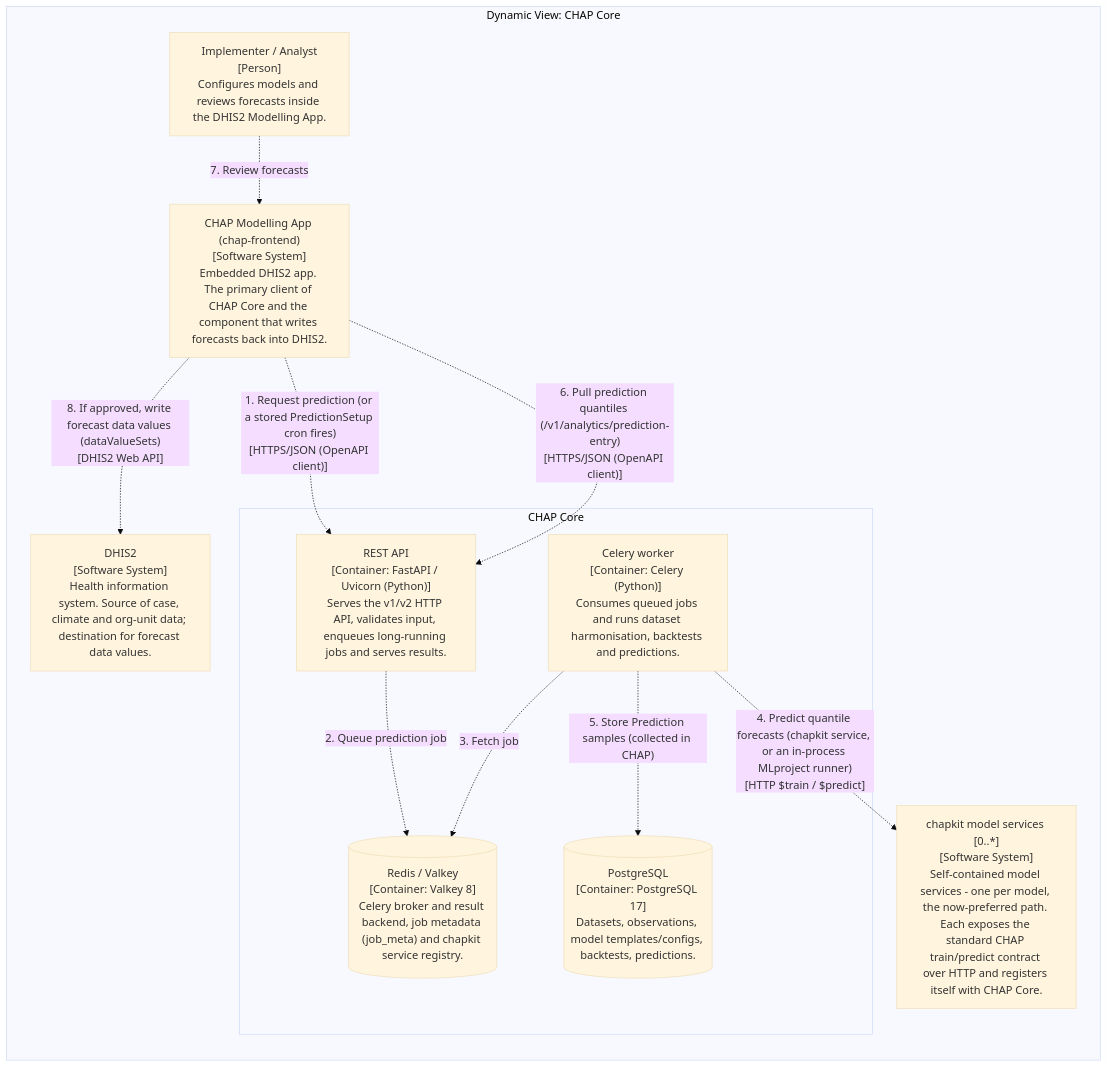
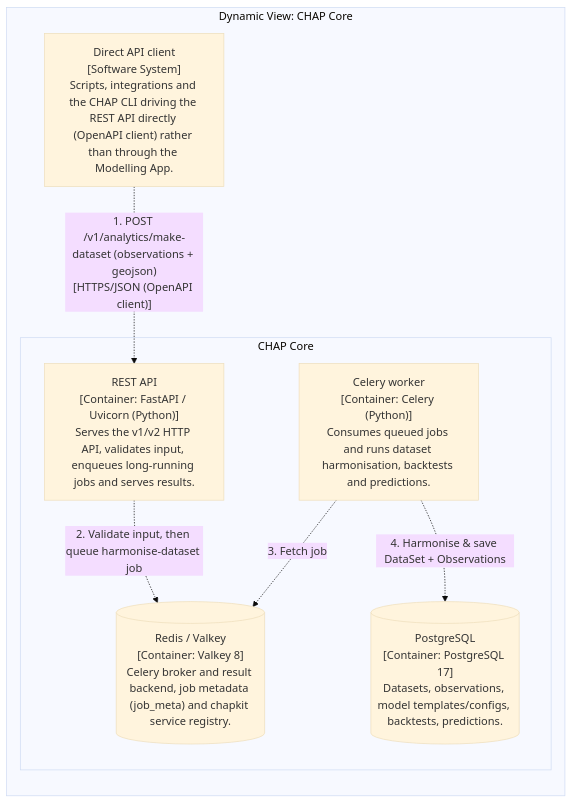
Before and after one commit to dhis2-chap/chap-core: the ninth of 9 diagrams in docs/contributor/architecture_model.md, drawn with Mermaid (base theme). The commit also changed other lines of this file and 9 other files, not shown here.

First line of the commit message:
docs(architecture): correct the model against the code and guard the page

````diff
--- a/docs/contributor/architecture_model.md
+++ b/docs/contributor/architecture_model.md
@@ -271,29 +286,22 @@
 ```mermaid
 graph LR
 
   subgraph diagram ["Dynamic View: CHAP Core"]
 
-    subgraph 6 ["CHAP Core"]
+    subgraph 7 ["CHAP Core"]
 
-      12["Celery worker<br/>[Container: Celery (Python)]<br/>Consumes queued jobs and runs dataset harmonisation, backtests and predictions."]
-      17[("Redis / Valkey<br/>[Container: Valkey 8]<br/>Celery broker and result backend, job metadata (job_meta) and chapkit service registry.")]
-      18[("PostgreSQL<br/>[Container: PostgreSQL 17]<br/>Datasets, observations, model templates/configs, backtests, predictions.")]
-      7["REST API<br/>[Container: FastAPI / Uvicorn (Python)]<br/>Serves the v1/v2 HTTP API, validates input, enqueues long-running jobs and serves results."]
+      13["Celery worker<br/>[Container: Celery (Python)]<br/>Consumes queued jobs and runs dataset harmonisation, backtests and predictions."]
+      18[("Redis / Valkey<br/>[Container: Valkey 8]<br/>Celery broker and result backend, job metadata (job_meta) and chapkit service registry.")]
+      19[("PostgreSQL<br/>[Container: PostgreSQL 17]<br/>Datasets, observations, model templates/configs, backtests, predictions.")]
+      8["REST API<br/>[Container: FastAPI / Uvicorn (Python)]<br/>Serves the v1/v2 HTTP API, validates input, enqueues long-running jobs and serves results."]
     end
 
-    1["Implementer / Analyst<br/>[Person]<br/>Configures models and reviews forecasts inside the DHIS2 Modelling App."]
-    3["DHIS2<br/>[Software System]<br/>Health information system. Source of case, climate and org-unit data; destination for forecast data values."]
-    4["CHAP Modelling App (chap-frontend)<br/>[Software System]<br/>Embedded DHIS2 app. The primary client of CHAP Core and the component that writes forecasts back into DHIS2."]
-    19["chapkit model services [0..*]<br/>[Software System]<br/>Self-contained model services - one per model, the now-preferred path. Each exposes the standard CHAP train/predict contract over HTTP and registers itself with CHAP Core."]
+    5["Direct API client<br/>[Software System]<br/>Scripts, integrations and the CHAP CLI driving the REST API directly (OpenAPI client) rather than through the Modelling App."]
 
-    4-. "1. Request prediction (or a stored PredictionSetup cron fires)<br/>[HTTPS/JSON (OpenAPI client)]" .->7
-    7-. "2. Queue prediction job" .->17
-    12-. "3. Fetch job" .->17
-    12-. "4. Predict quantile forecasts (chapkit service, or an in-process MLproject runner)<br/>[HTTP $train / $predict]" .->19
-    12-. "5. Store Prediction samples (collected in CHAP)" .->18
-    4-. "6. Pull prediction quantiles (/v1/analytics/prediction-entry)<br/>[HTTPS/JSON (OpenAPI client)]" .->7
-    1-. "7. Review forecasts" .->4
-    4-. "8. If approved, write forecast data values (dataValueSets)<br/>[DHIS2 Web API]" .->3
+    5-. "1. POST /v1/analytics/make-dataset (observations + geojson)<br/>[HTTPS/JSON (OpenAPI client)]" .->8
+    8-. "2. Validate input, then queue harmonise-dataset job" .->18
+    13-. "3. Fetch job" .->18
+    13-. "4. Harmonise & save DataSet + Observations" .->19
 
   end
 ```
````
